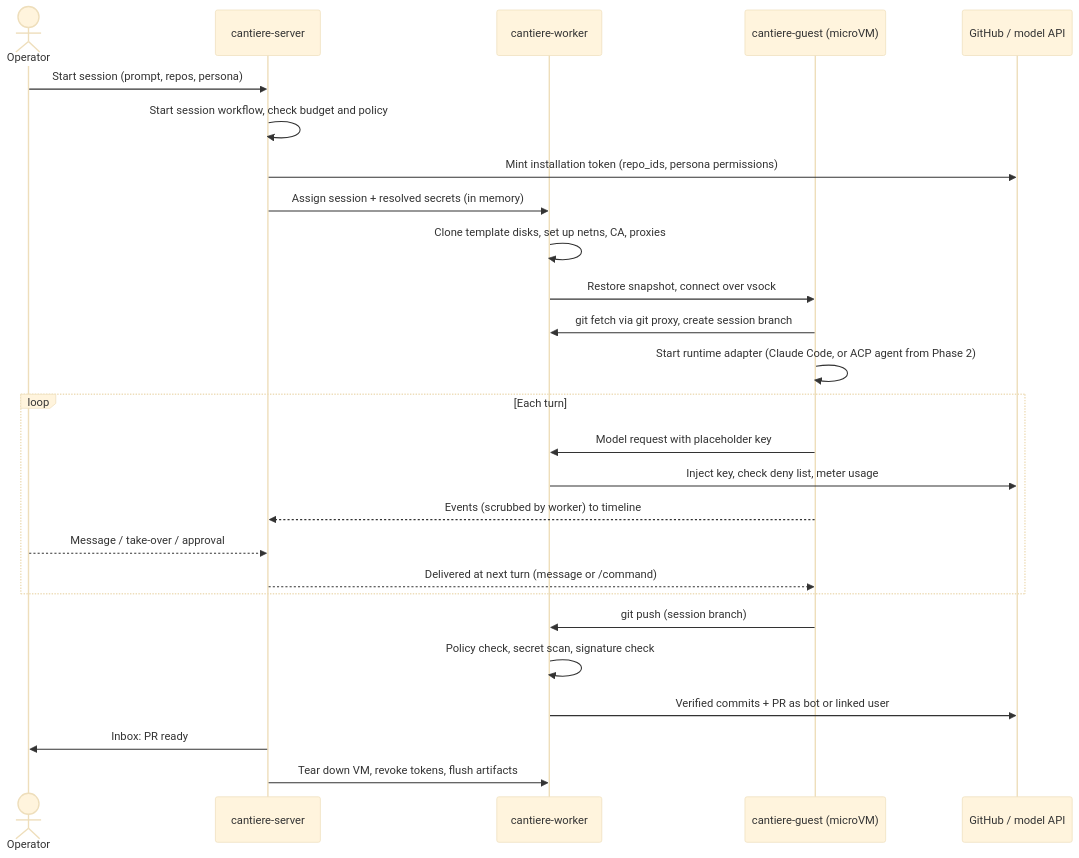
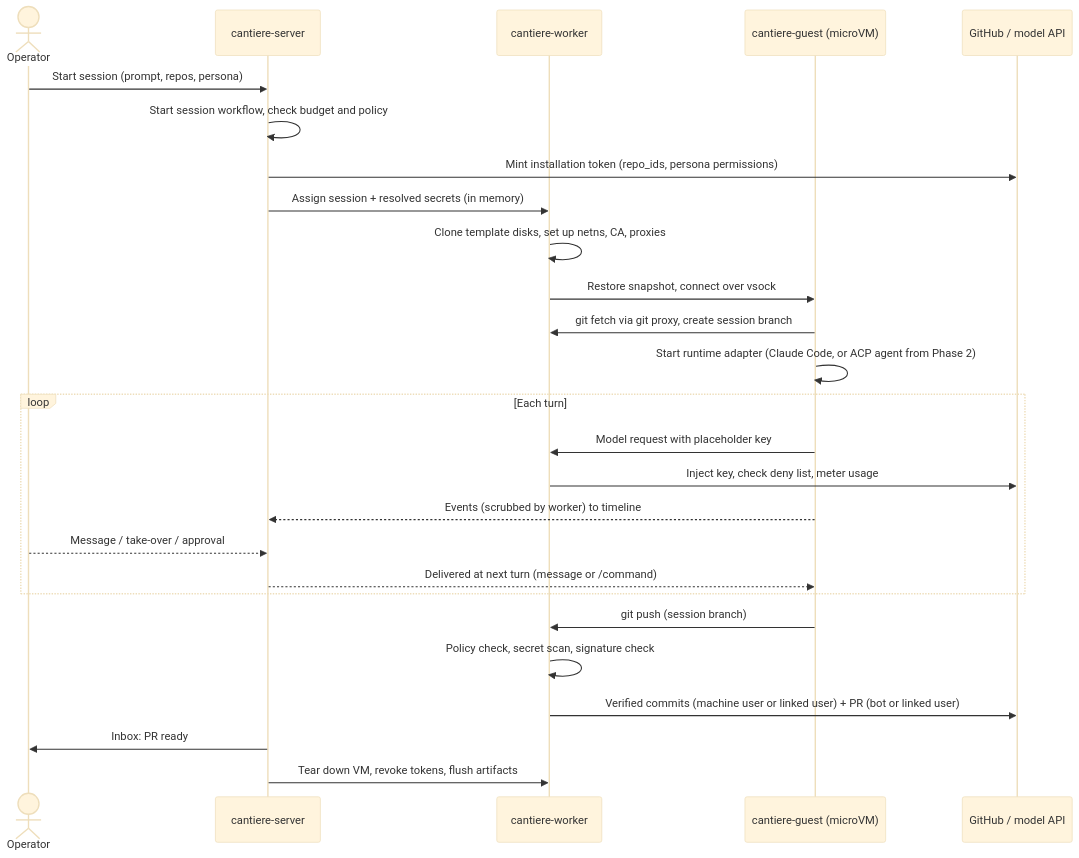
The second of 2 diagrams in docs/architecture.md (noahwhite/cantiere), drawn with Mermaid (base theme) before and after one commit. The commit also changed 1 other file, not shown here.

Commit message:
ADR-0012: adjudicator Lows (key set, scope, unlink, audit wording, actors)

````diff
--- a/docs/architecture.md
+++ b/docs/architecture.md
@@ -91,29 +91,29 @@
 ```mermaid
 sequenceDiagram
     actor U as Operator
     participant S as cantiere-server
     participant W as cantiere-worker
     participant G as cantiere-guest (microVM)
     participant X as GitHub / model API
 
     U->>S: Start session (prompt, repos, persona)
     S->>S: Start session workflow, check budget and policy
     S->>X: Mint installation token (repo_ids, persona permissions)
     S->>W: Assign session + resolved secrets (in memory)
     W->>W: Clone template disks, set up netns, CA, proxies
     W->>G: Restore snapshot, connect over vsock
     G->>W: git fetch via git proxy, create session branch
     G->>G: Start runtime adapter (Claude Code, or ACP agent from Phase 2)
     loop Each turn
         G->>W: Model request with placeholder key
         W->>X: Inject key, check deny list, meter usage
         G-->>S: Events (scrubbed by worker) to timeline
         U-->>S: Message / take-over / approval
         S-->>G: Delivered at next turn (message or /command)
     end
     G->>W: git push (session branch)
     W->>W: Policy check, secret scan, signature check
-    W->>X: Verified commits + PR as bot or linked user
+    W->>X: Verified commits (machine user or linked user) + PR (bot or linked user)
     S->>U: Inbox: PR ready
     S->>W: Tear down VM, revoke tokens, flush artifacts
 ```
````
